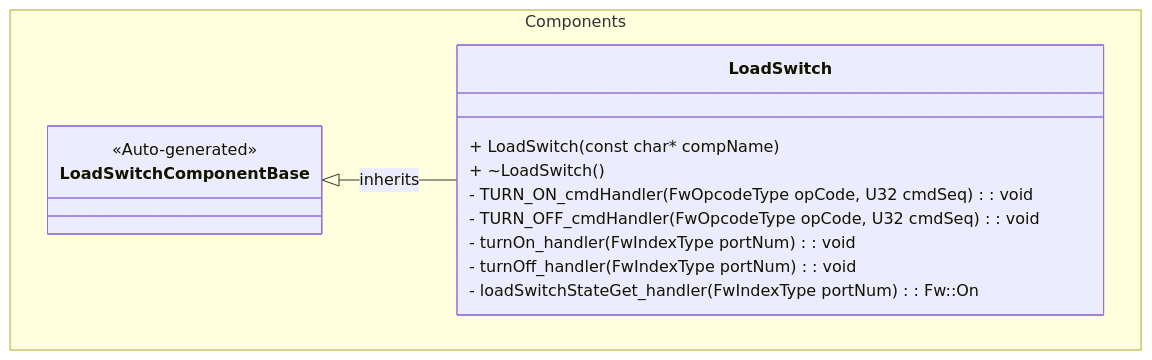
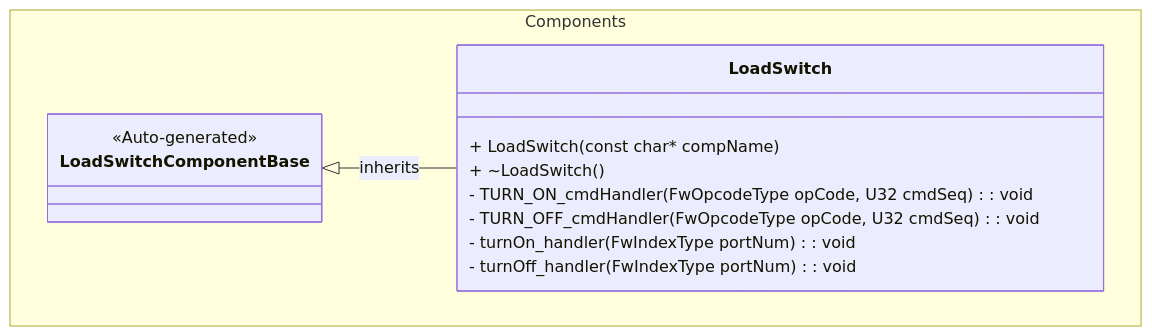
Before and after one commit to Open-Source-Space-Foundation/proves-core-reference: the diagram in FprimeZephyrReference/Components/LoadSwitch/docs/sdd.md, drawn with Mermaid. The commit also changed other lines of this file and 3 other files, not shown here.

````diff
--- a/FprimeZephyrReference/Components/LoadSwitch/docs/sdd.md
+++ b/FprimeZephyrReference/Components/LoadSwitch/docs/sdd.md
@@ -18,18 +17,17 @@
 ```mermaid
 classDiagram
     namespace Components {
         class LoadSwitchComponentBase {
             <<Auto-generated>>
         }
         class LoadSwitch {
             + LoadSwitch(const char* compName)
             + ~LoadSwitch()
             - TURN_ON_cmdHandler(FwOpcodeType opCode, U32 cmdSeq): void
             - TURN_OFF_cmdHandler(FwOpcodeType opCode, U32 cmdSeq): void
             - turnOn_handler(FwIndexType portNum): void
             - turnOff_handler(FwIndexType portNum): void
-            - loadSwitchStateGet_handler(FwIndexType portNum): Fw::On
         }
     }
     LoadSwitchComponentBase <|-- LoadSwitch : inherits
 ```
````
